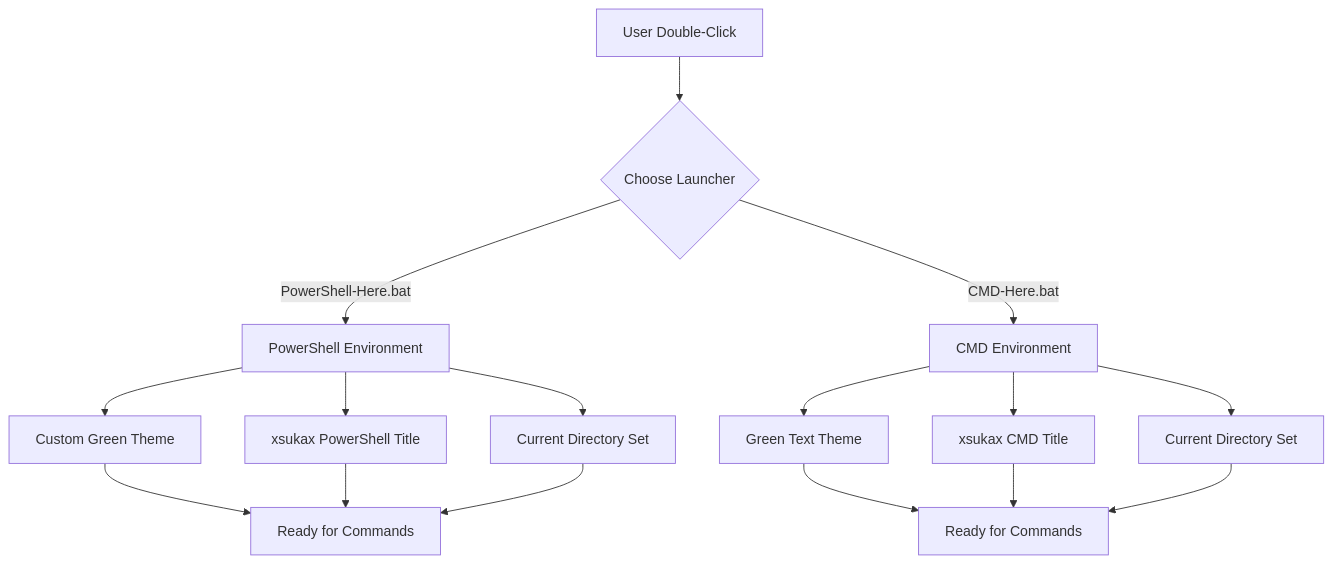
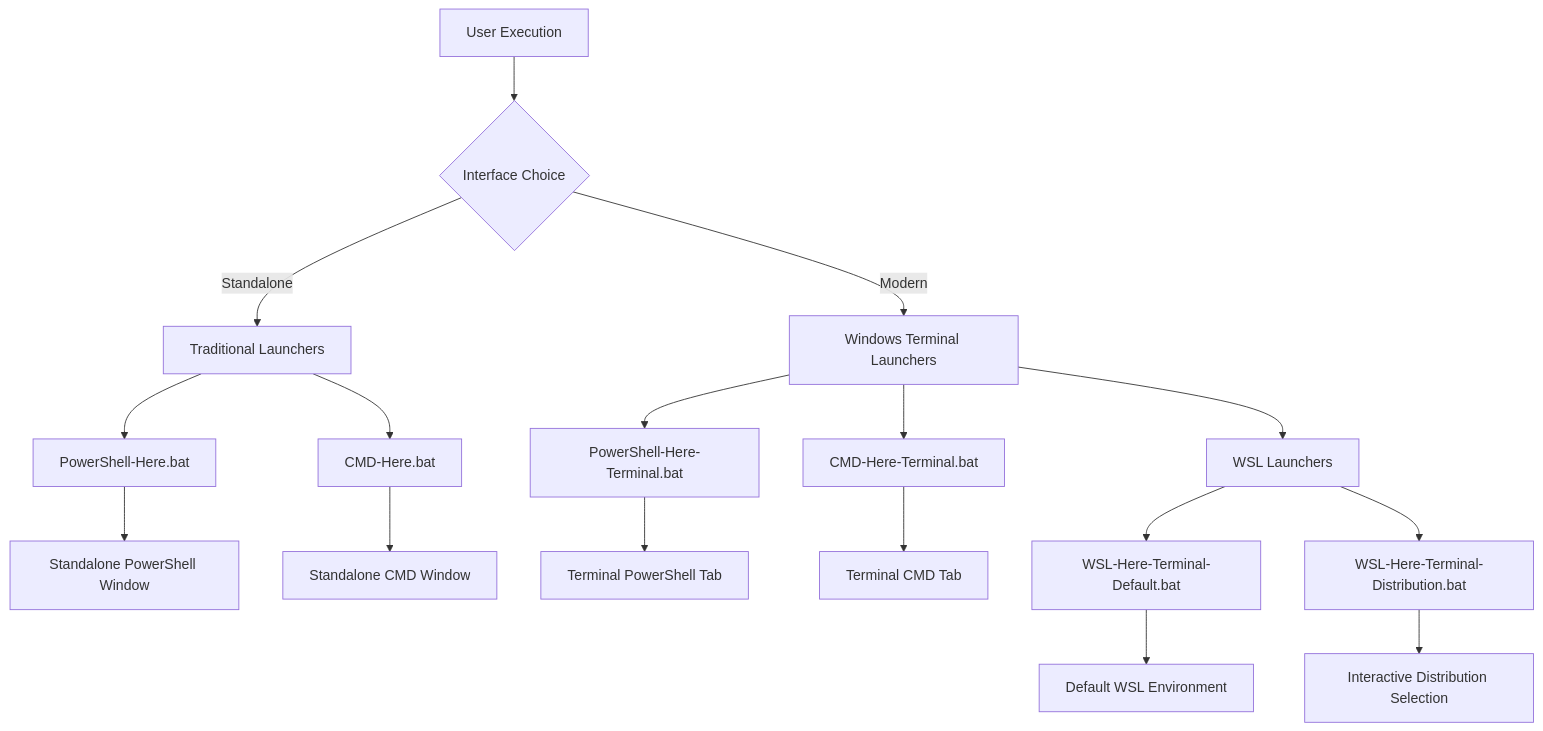
Before and after one commit to xsukax/xsukax-Command-Line-Interface-Launcher-CMD-Here-PowerShell-Here: the first of 3 diagrams in README.md, drawn with Mermaid. The commit also changed other lines of this file, not shown here.

````diff
--- a/README.md
+++ b/README.md
@@ -49,18 +134,23 @@
 ```mermaid
-graph TD
-    A[User Double-Click] --> B{Choose Launcher}
-    B -->|PowerShell-Here.bat| C[PowerShell Environment]
-    B -->|CMD-Here.bat| D[CMD Environment]
-    C --> E[Custom Green Theme]
-    C --> F[xsukax PowerShell Title]
-    C --> G[Current Directory Set]
-    D --> H[Green Text Theme]
-    D --> I[xsukax CMD Title]
-    D --> J[Current Directory Set]
-    E --> K[Ready for Commands]
-    F --> K
-    G --> K
-    H --> L[Ready for Commands]
-    I --> L
-    J --> L
+graph TB
+    A[User Execution] --> B{Interface Choice}
+    B -->|Standalone| C[Traditional Launchers]
+    B -->|Modern| D[Windows Terminal Launchers]
+    
+    C --> E[PowerShell-Here.bat]
+    C --> F[CMD-Here.bat]
+    
+    D --> G[PowerShell-Here-Terminal.bat]
+    D --> H[CMD-Here-Terminal.bat]
+    D --> I[WSL Launchers]
+    
+    I --> J[WSL-Here-Terminal-Default.bat]
+    I --> K[WSL-Here-Terminal-Distribution.bat]
+    
+    E --> L[Standalone PowerShell Window]
+    F --> M[Standalone CMD Window]
+    G --> N[Terminal PowerShell Tab]
+    H --> O[Terminal CMD Tab]
+    J --> P[Default WSL Environment]
+    K --> Q[Interactive Distribution Selection]
 ```
````
